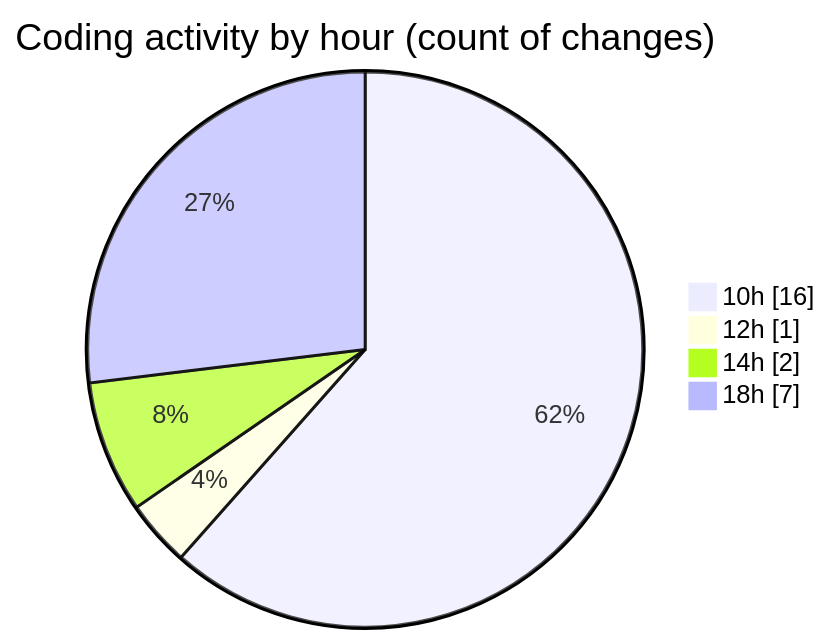
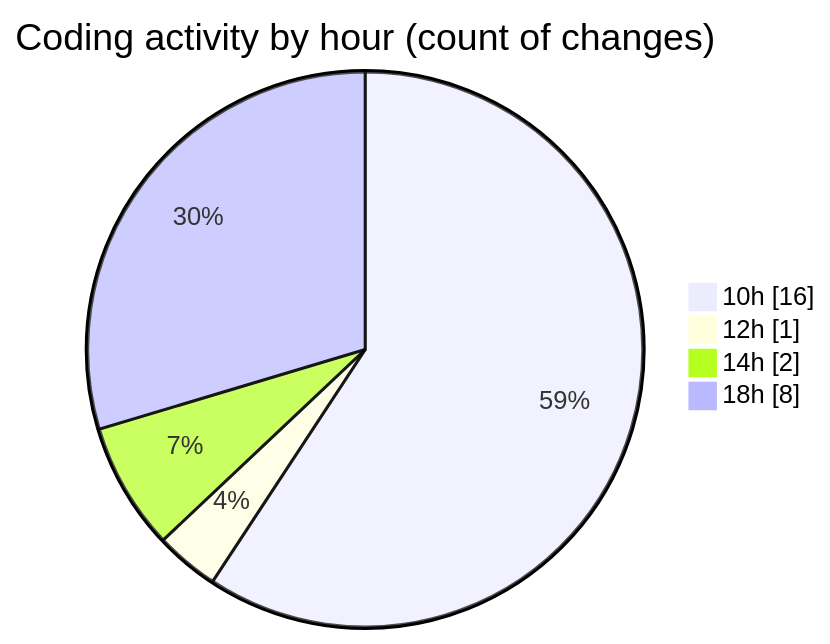
One commit to Elitesun/code-tracking changed the second of 2 diagrams in 2025-02-11/react_ecom/README.md. Above: the diagram before and after it, drawn with Mermaid. The commit also changed other lines of this file and 1 other file, not shown here.

````diff
--- a/2025-02-11/react_ecom/README.md
+++ b/2025-02-11/react_ecom/README.md
@@ -38,8 +38,8 @@
 ```mermaid
 pie showData
 title Coding activity by hour (count of changes)
 "10h" : 16
 "12h" : 1
 "14h" : 2
-"18h" : 7
+"18h" : 8
 ```
````
